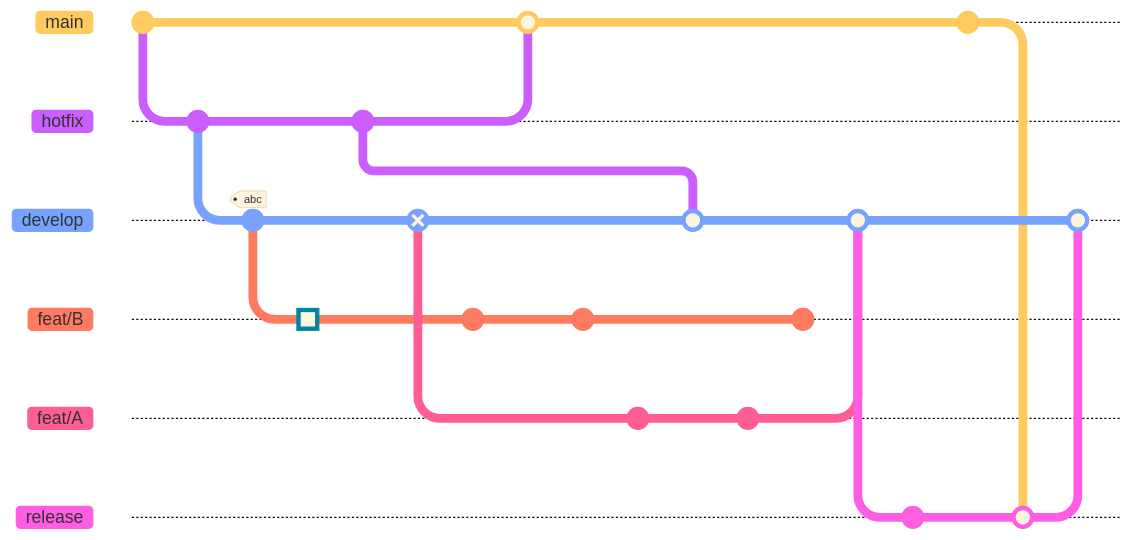
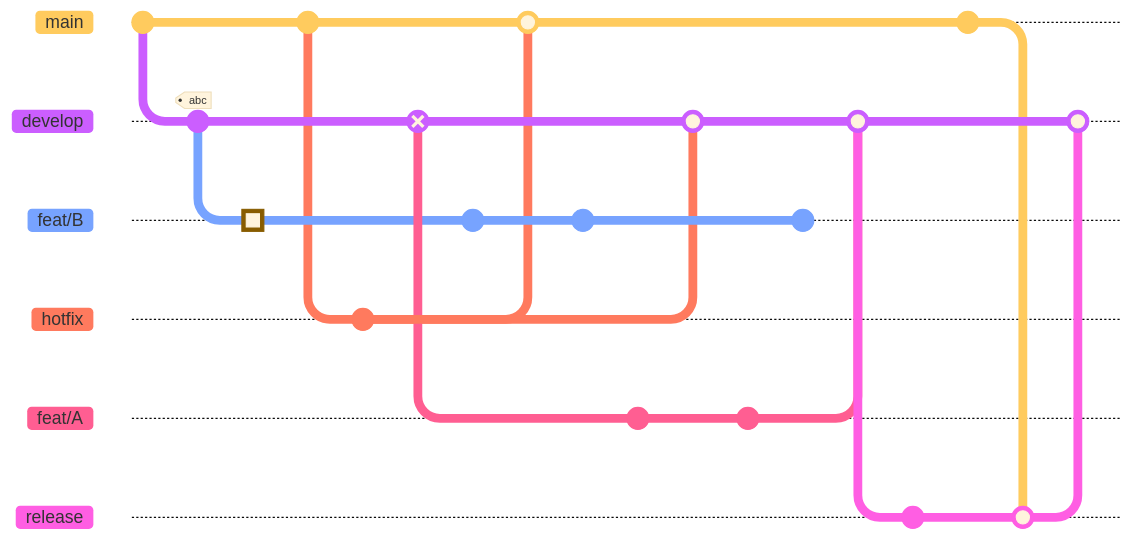
One commit to PMKM-IF-UNTAN-2025/COLLABORATION-GUIDE changed the diagram in README.md. Above: the diagram before and after it, drawn with Mermaid. The commit also changed other lines of this file, not shown here. Commit ids are hidden.

Commit message:
docs: add git flow image

````diff
--- a/README.md
+++ b/README.md
@@ -58,52 +60,51 @@
 ```mermaid
 ---
 config:
   logLevel: 'debug'
   theme: 'base'
   gitGraph:
     showBranches: true
     showCommitLabel: false
 ---
       gitGraph
         commit
-        branch hotfix
-        checkout hotfix
-        commit
         branch develop
         checkout develop
         commit id:"ash" tag:"abc"
         branch feat/B
         checkout feat/B
         commit type:HIGHLIGHT
         checkout main
+        commit
+        branch hotfix
         checkout hotfix
         commit type:NORMAL
         checkout develop
         commit type:REVERSE
         checkout feat/B
         commit
         checkout main
         merge hotfix
         checkout feat/B
         commit
         checkout develop
         branch feat/A
         commit
         checkout develop
         merge hotfix
         checkout feat/A
         commit
         checkout feat/B
         commit
         checkout develop
         merge feat/A
         branch release
         checkout release
         commit
         checkout main
         commit
         checkout release
         merge main
         checkout develop
         merge release
 ```
````
